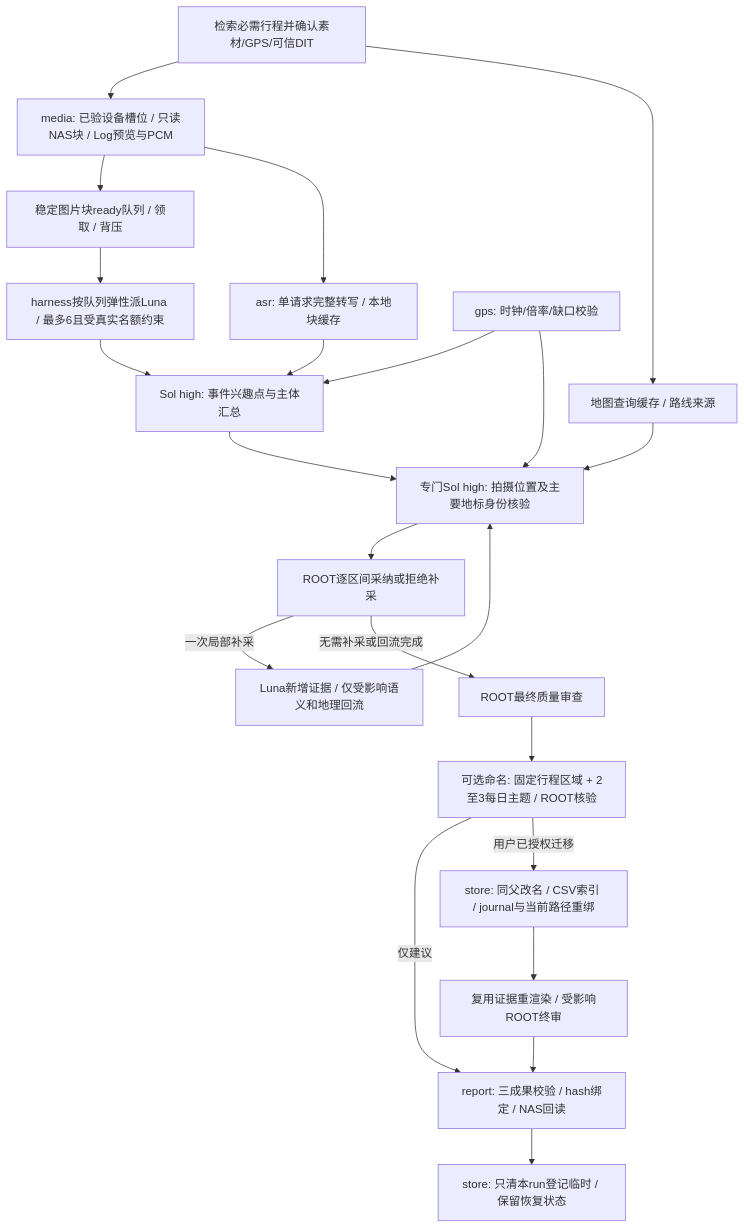
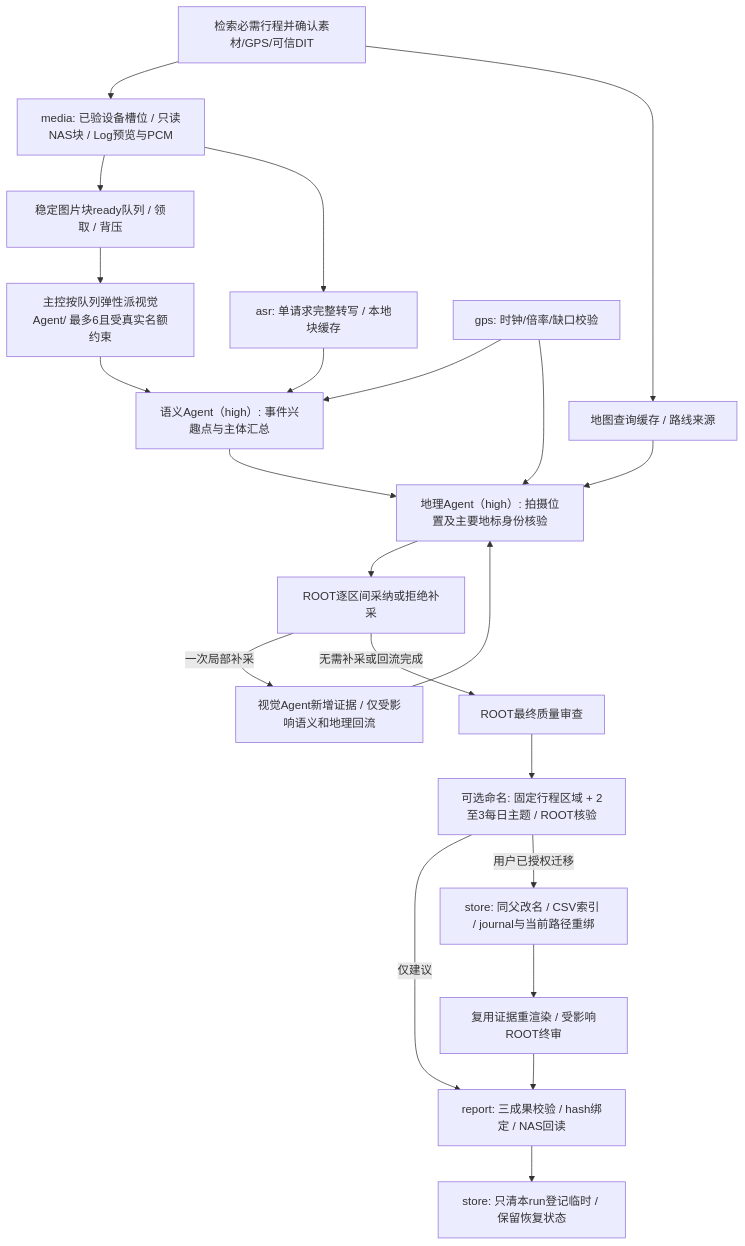
Before and after one commit to WooDragon/cc-plugins: the diagram in plugins/vlog-daily-index/skills/vlog-daily-index/references/architecture.md, drawn with Mermaid. The commit also changed other lines of this file and 28 other files, not shown here.

````diff
--- a/plugins/vlog-daily-index/skills/vlog-daily-index/references/architecture.md
+++ b/plugins/vlog-daily-index/skills/vlog-daily-index/references/architecture.md
@@ -5,24 +5,24 @@
 ```mermaid
 flowchart TD
     A[检索必需行程并确认素材/GPS/可信DIT] --> B[media: 已验设备槽位 / 只读NAS块 / Log预览与PCM]
     B --> Q[稳定图片块ready队列 / 领取 / 背压]
-    Q --> C[harness按队列弹性派Luna / 最多6且受真实名额约束]
+    Q --> C[主控按队列弹性派视觉Agent/ 最多6且受真实名额约束]
     B --> D[asr: 单请求完整转写 / 本地块缓存]
-    G[gps: 时钟/倍率/缺口校验] --> E[Sol high: 事件兴趣点与主体汇总]
+    G[gps: 时钟/倍率/缺口校验] --> E[语义Agent（high）: 事件兴趣点与主体汇总]
     C --> E
     D --> E
     A --> F[地图查询缓存 / 路线来源]
-    E --> H[专门Sol high: 拍摄位置及主要地标身份核验]
+    E --> H[地理Agent（high）: 拍摄位置及主要地标身份核验]
     F --> H
     G --> H
     H --> I[ROOT逐区间采纳或拒绝补采]
-    I -->|一次局部补采| J[Luna新增证据 / 仅受影响语义和地理回流]
+    I -->|一次局部补采| J[视觉Agent新增证据 / 仅受影响语义和地理回流]
     J --> H
     I -->|无需补采或回流完成| K[ROOT最终质量审查]
     K --> N[可选命名: 固定行程区域 + 2至3每日主题 / ROOT核验]
     N -->|仅建议| L[report: 三成果校验 / hash绑定 / NAS回读]
     N -->|用户已授权迁移| O[store: 同父改名 / CSV索引 / journal与当前路径重绑]
     O --> P[复用证据重渲染 / 受影响ROOT终审]
     P --> L
     L --> M[store: 只清本run登记临时 / 保留恢复状态]
 ```
````
